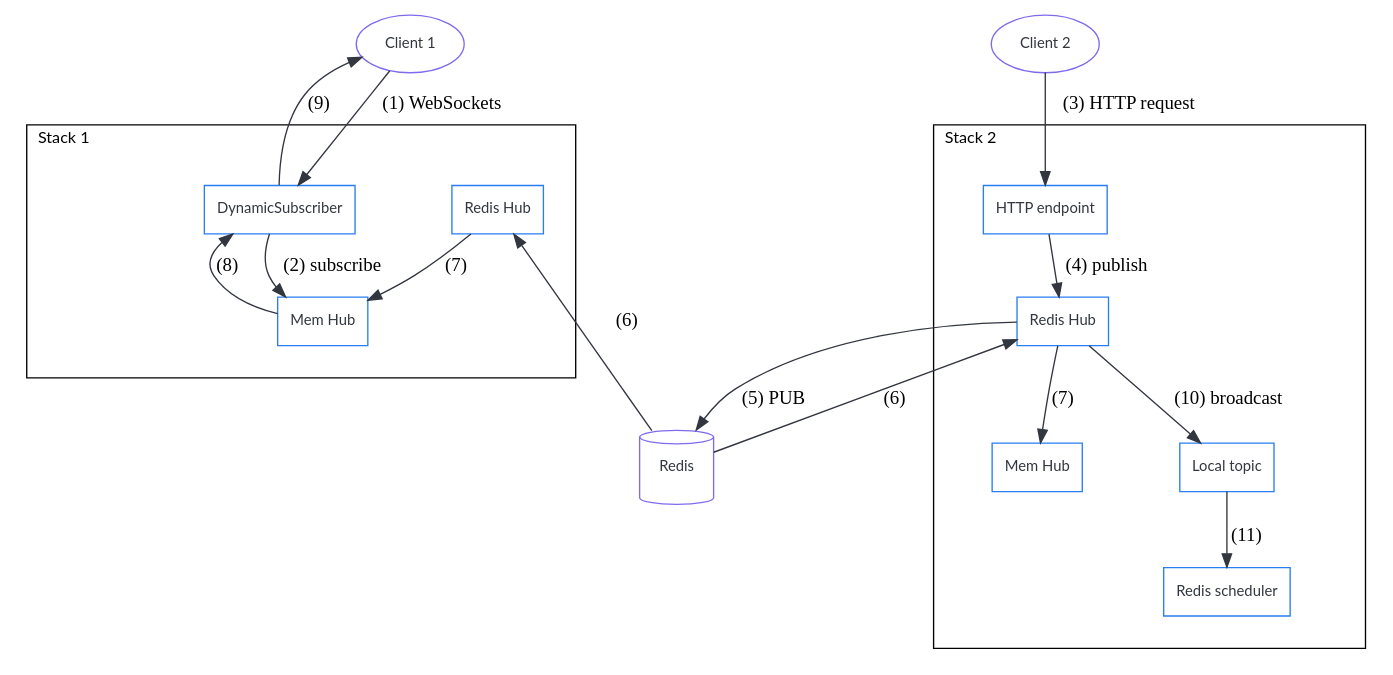
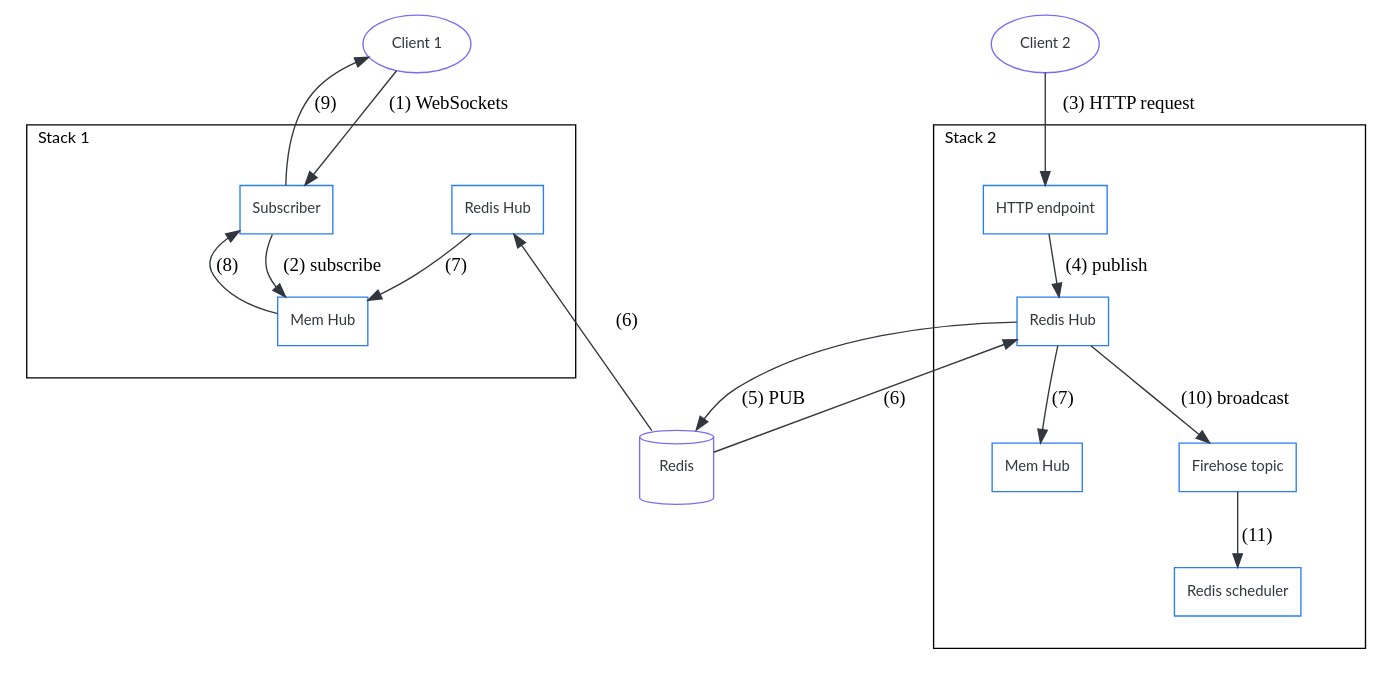
Before and after one commit to cozy/cozy-stack: the diagram in docs/diagrams/realtime-workflow.gv, drawn with Graphviz. The commit also changed 6 other files, not shown here.

Commit message:
Update diagrams and add some explanations

```diff
--- a/docs/diagrams/realtime-workflow.gv
+++ b/docs/diagrams/realtime-workflow.gv
@@ -1,50 +1,50 @@
 digraph from_cozy_move {
 	graph [splines=true];
 	node [shape="box", fontname="lato", fontsize=11, margin=0.12, color="#297EF2", fontcolor="#32363F"];
 	edge [color="#32363F"];
 	ranksep=0.45; nodesep=1;
 
 	subgraph clients {
 		rank=same; margin=24;
 		client_1 [label="Client 1", shape="oval", color="#7F6BEE"];
 		client_2 [label="Client 2", shape="oval", color="#7F6BEE"];
 	}
 
 	subgraph cluster_stack_1 {
 		label="Stack 1"; labeljust="l"; fontname="lato"; fontsize=12; margin=24;
-		sub_1 [label="DynamicSubscriber"];
+		sub_1 [label="Subscriber"];
 		hub_1 [label="Redis Hub"];
 		mem_1 [label="Mem Hub"];
 	}
 
 	redis [label="Redis", shape="cylinder", color="#7F6BEE", margin=0.2];
 
 	subgraph cluster_stack_2 {
 		label="Stack 2"; labeljust="l"; fontname="lato"; fontsize=12; margin=24;
 		endpoint_2 [label="HTTP endpoint"];
 		hub_2 [label="Redis Hub"];
 		mem_2 [label="Mem Hub"];
-		local_2 [label="Local topic"];
+		local_2 [label="Firehose topic"];
 		sched_2 [label="Redis scheduler"];
 	}
 
 	client_1 -> sub_1 [label="(1) WebSockets"];
 	sub_1 -> mem_1 [label="(2) subscribe"];
 
 	client_2 -> endpoint_2 [label="(3) HTTP request"];
 	endpoint_2 -> hub_2 [label="(4) publish"]
 	hub_2 -> redis [label="(5) PUB"]
 	redis -> hub_2 [label="(6)"]
 	redis -> hub_1 [label="(6)"]
 	hub_2 -> mem_2 [label="(7)"]
 	hub_1 -> mem_1 [label="(7)"]
 	mem_1 -> sub_1 [label="(8)"]
 	sub_1 -> client_1 [label="(9)"]
 
 	hub_2 -> local_2 [label="(10) broadcast"]
 	local_2 -> sched_2 [label="(11)"]
 
 	// Hidden, to order the clusters/nodes
 	client_1 -> endpoint_2 [style="invis"];
 	mem_1 -> redis [style="invis"];
 }
```
